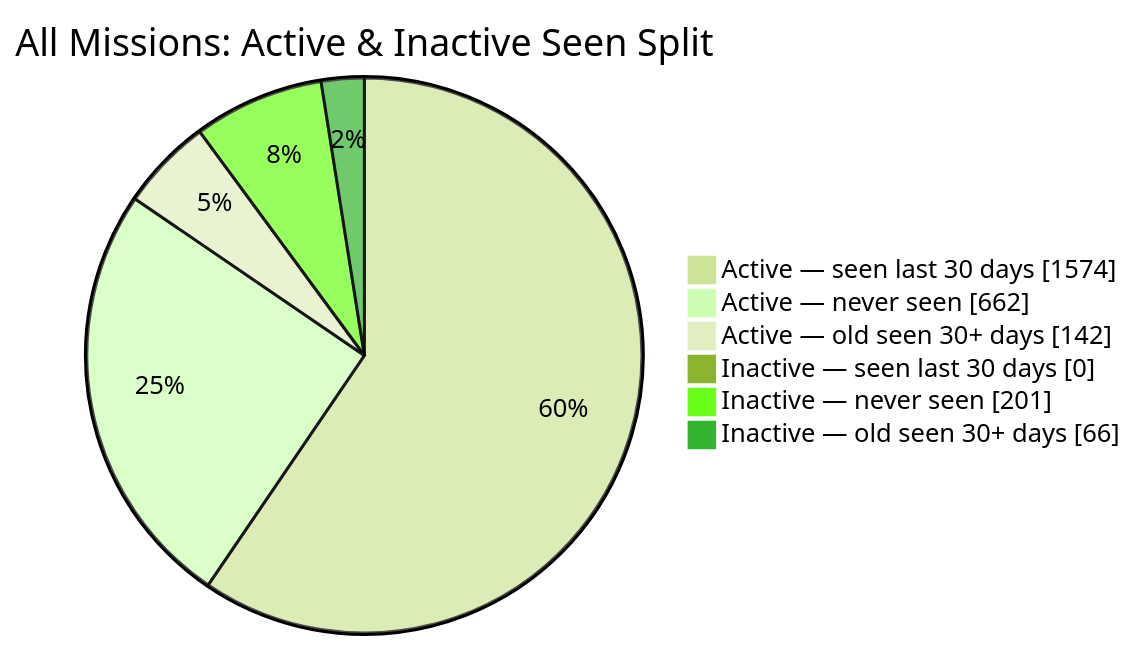
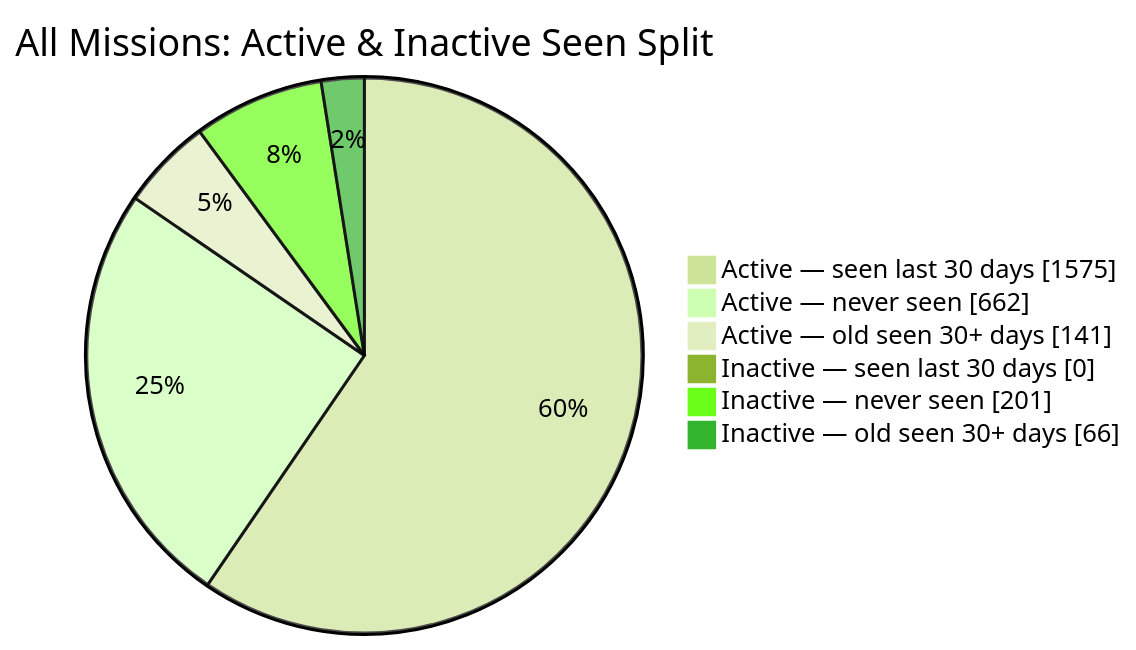
Before and after one commit to MeldkamerspelGameTeam/active-missions: the second of 2 diagrams in README.md, drawn with Mermaid (forest theme). The commit also changed other lines of this file and 2 other files, not shown here.

````diff
--- a/README.md
+++ b/README.md
@@ -44,10 +44,10 @@
 ```mermaid
 pie showData
     title All Missions: Active & Inactive Seen Split
-    "Active — seen last 30 days" : 1574
+    "Active — seen last 30 days" : 1575
     "Active — never seen" : 662
-    "Active — old seen 30+ days" : 142
+    "Active — old seen 30+ days" : 141
     "Inactive — seen last 30 days" : 0
     "Inactive — never seen" : 201
     "Inactive — old seen 30+ days" : 66
 ```
````
